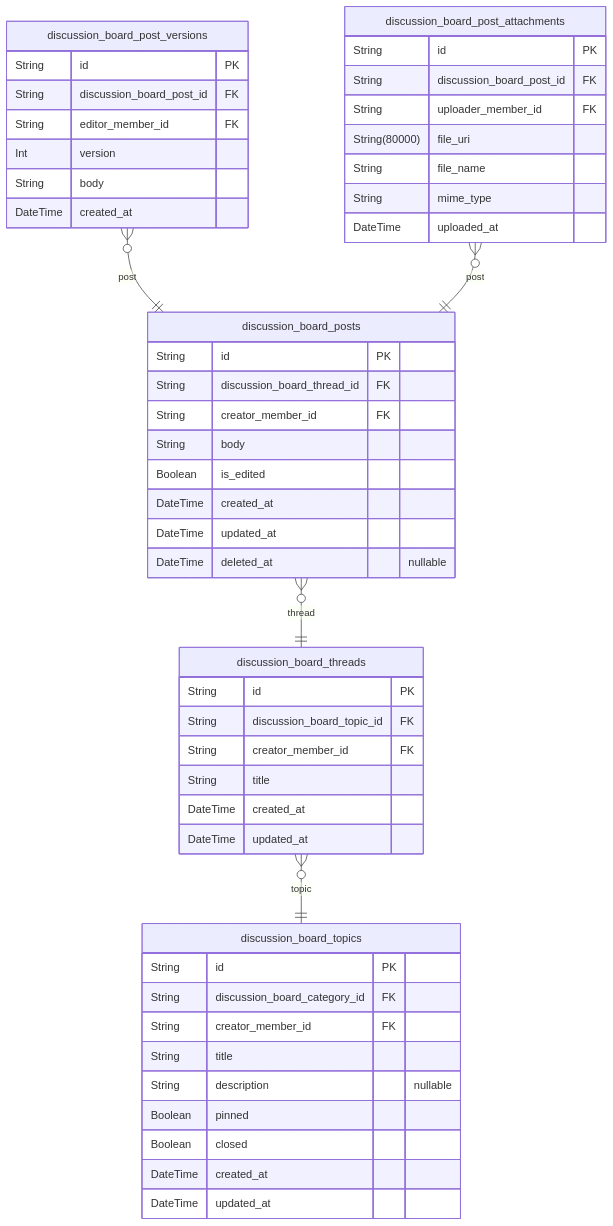
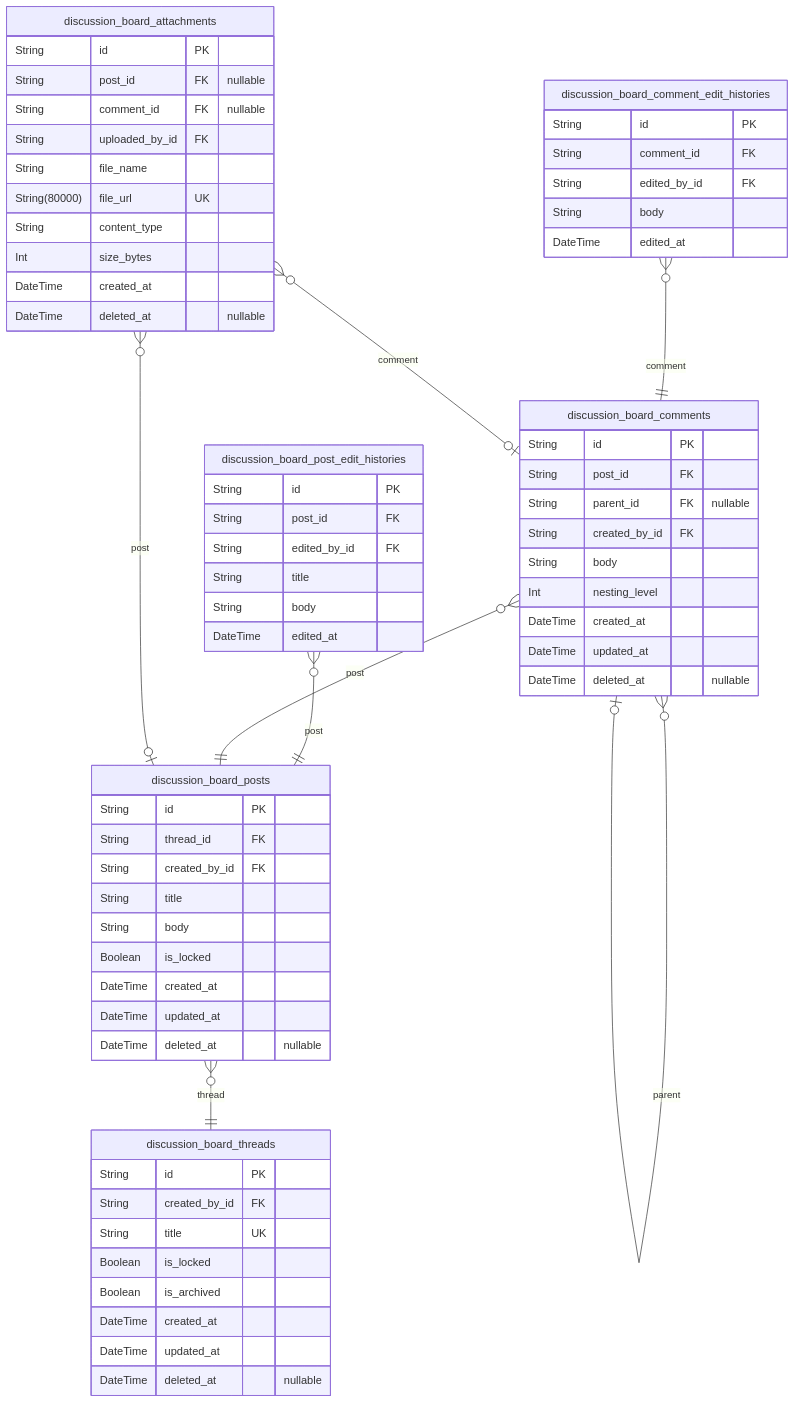
The third of 8 diagrams in docs/ERD.md (wrtnlabs/autobe-example-bbs-openai-gpt-4.1), drawn with Mermaid before and after one commit. The commit also changed other lines of this file and 1472 other files, not shown here.

````diff
--- a/docs/ERD.md
+++ b/docs/ERD.md
@@ -260,53 +346,69 @@
 ```mermaid
 erDiagram
-"discussion_board_topics" {
-  String id PK
-  String discussion_board_category_id FK
-  String creator_member_id FK
-  String title
-  String description "nullable"
-  Boolean pinned
-  Boolean closed
-  DateTime created_at
-  DateTime updated_at
-}
 "discussion_board_threads" {
   String id PK
-  String discussion_board_topic_id FK
-  String creator_member_id FK
-  String title
-  DateTime created_at
-  DateTime updated_at
-}
-"discussion_board_posts" {
-  String id PK
-  String discussion_board_thread_id FK
-  String creator_member_id FK
-  String body
-  Boolean is_edited
+  String created_by_id FK
+  String title UK
+  Boolean is_locked
+  Boolean is_archived
   DateTime created_at
   DateTime updated_at
   DateTime deleted_at "nullable"
 }
-"discussion_board_post_versions" {
+"discussion_board_posts" {
   String id PK
-  String discussion_board_post_id FK
-  String editor_member_id FK
-  Int version
+  String thread_id FK
+  String created_by_id FK
+  String title
   String body
+  Boolean is_locked
   DateTime created_at
+  DateTime updated_at
+  DateTime deleted_at "nullable"
 }
-"discussion_board_post_attachments" {
+"discussion_board_post_edit_histories" {
   String id PK
-  String discussion_board_post_id FK
-  String uploader_member_id FK
-  String(80000) file_uri
+  String post_id FK
+  String edited_by_id FK
+  String title
+  String body
+  DateTime edited_at
+}
+"discussion_board_comments" {
+  String id PK
+  String post_id FK
+  String parent_id FK "nullable"
+  String created_by_id FK
+  String body
+  Int nesting_level
+  DateTime created_at
+  DateTime updated_at
+  DateTime deleted_at "nullable"
+}
+"discussion_board_comment_edit_histories" {
+  String id PK
+  String comment_id FK
+  String edited_by_id FK
+  String body
+  DateTime edited_at
+}
+"discussion_board_attachments" {
+  String id PK
+  String post_id FK "nullable"
+  String comment_id FK "nullable"
+  String uploaded_by_id FK
   String file_name
-  String mime_type
-  DateTime uploaded_at
+  String(80000) file_url UK
+  String content_type
+  Int size_bytes
+  DateTime created_at
+  DateTime deleted_at "nullable"
 }
-"discussion_board_threads" }o--|| "discussion_board_topics" : topic
 "discussion_board_posts" }o--|| "discussion_board_threads" : thread
-"discussion_board_post_versions" }o--|| "discussion_board_posts" : post
-"discussion_board_post_attachments" }o--|| "discussion_board_posts" : post
+"discussion_board_post_edit_histories" }o--|| "discussion_board_posts" : post
+"discussion_board_comments" }o--|| "discussion_board_posts" : post
+"discussion_board_comments" }o--o| "discussion_board_comments" : parent
+"discussion_board_comment_edit_histories" }o--|| "discussion_board_comments" : comment
+"discussion_board_attachments" }o--o| "discussion_board_posts" : post
+"discussion_board_attachments" }o--o| "discussion_board_comments" : comment
 ```
````
